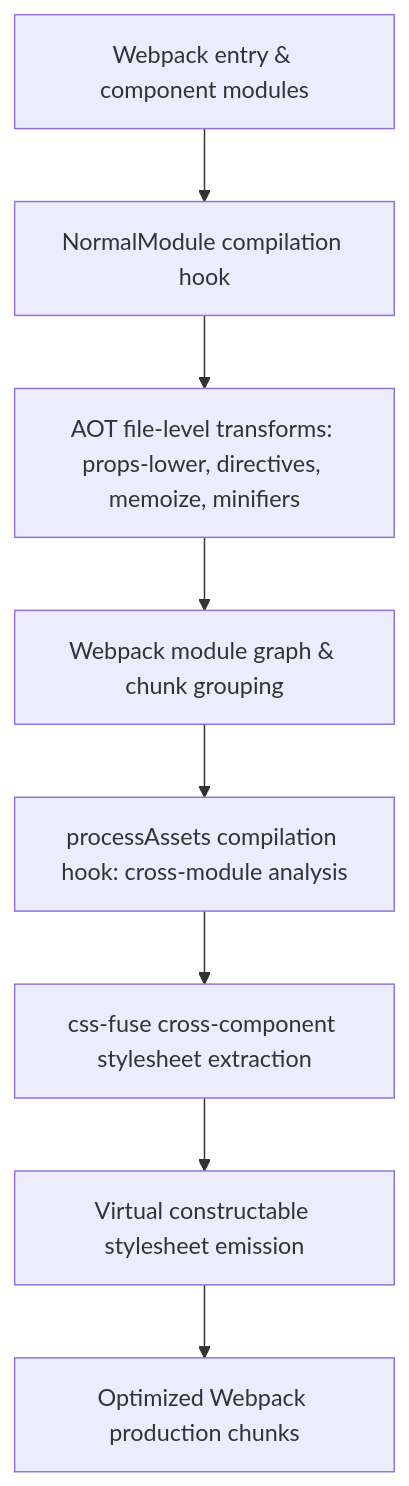
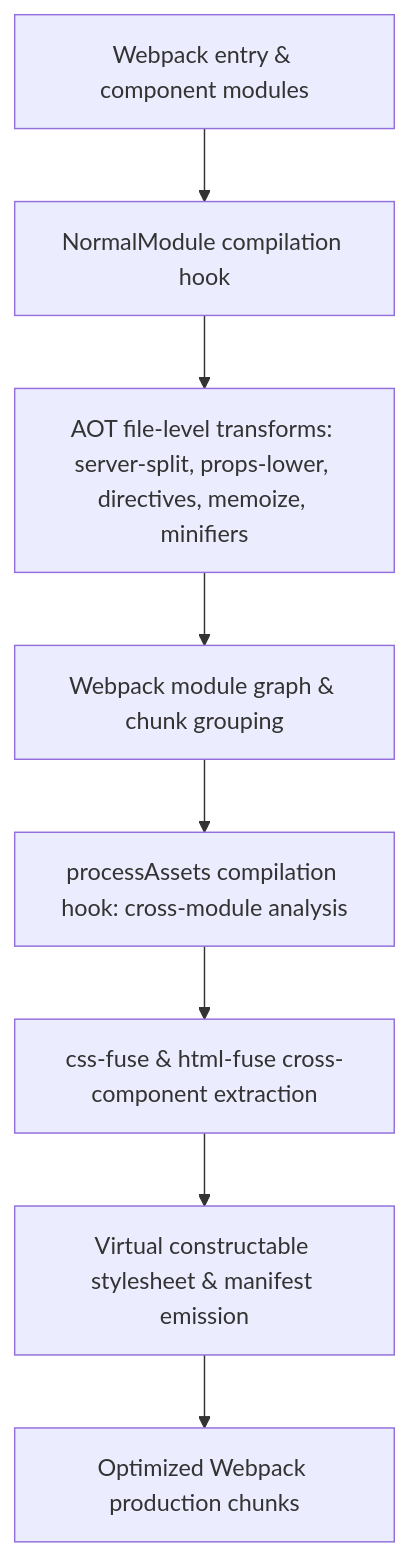
The diagram in packages/bundlers/webpack-plugin/README.md (lit-core/core), drawn with Mermaid before and after one commit. The commit also changed other lines of this file and 25 other files, not shown here.

````diff
--- a/packages/bundlers/webpack-plugin/README.md
+++ b/packages/bundlers/webpack-plugin/README.md
@@ -33,10 +31,10 @@
 ```mermaid
 flowchart TD
     A["Webpack entry & component modules"] --> B["NormalModule compilation hook"]
-    B --> C["AOT file-level transforms: props-lower, directives, memoize, minifiers"]
+    B --> C["AOT file-level transforms: server-split, props-lower, directives, memoize, minifiers"]
     C --> D["Webpack module graph & chunk grouping"]
     D --> E["processAssets compilation hook: cross-module analysis"]
-    E --> F["css-fuse cross-component stylesheet extraction"]
-    F --> G["Virtual constructable stylesheet emission"]
+    E --> F["css-fuse & html-fuse cross-component extraction"]
+    F --> G["Virtual constructable stylesheet & manifest emission"]
     G --> H["Optimized Webpack production chunks"]
 ```
````
